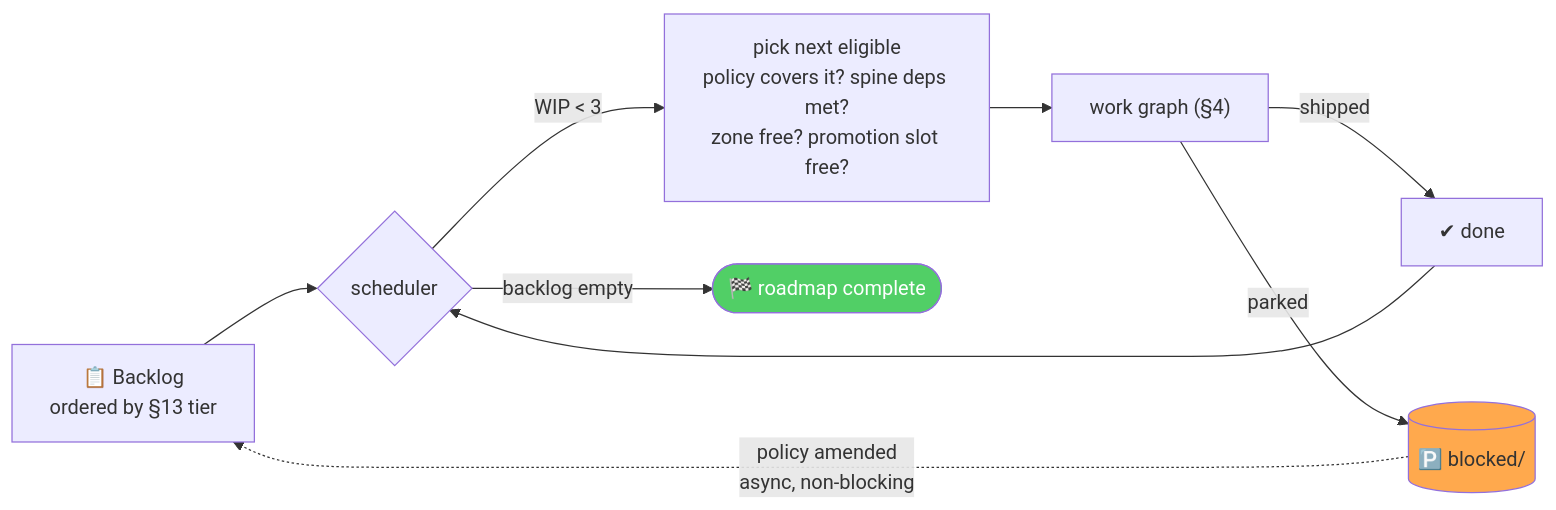
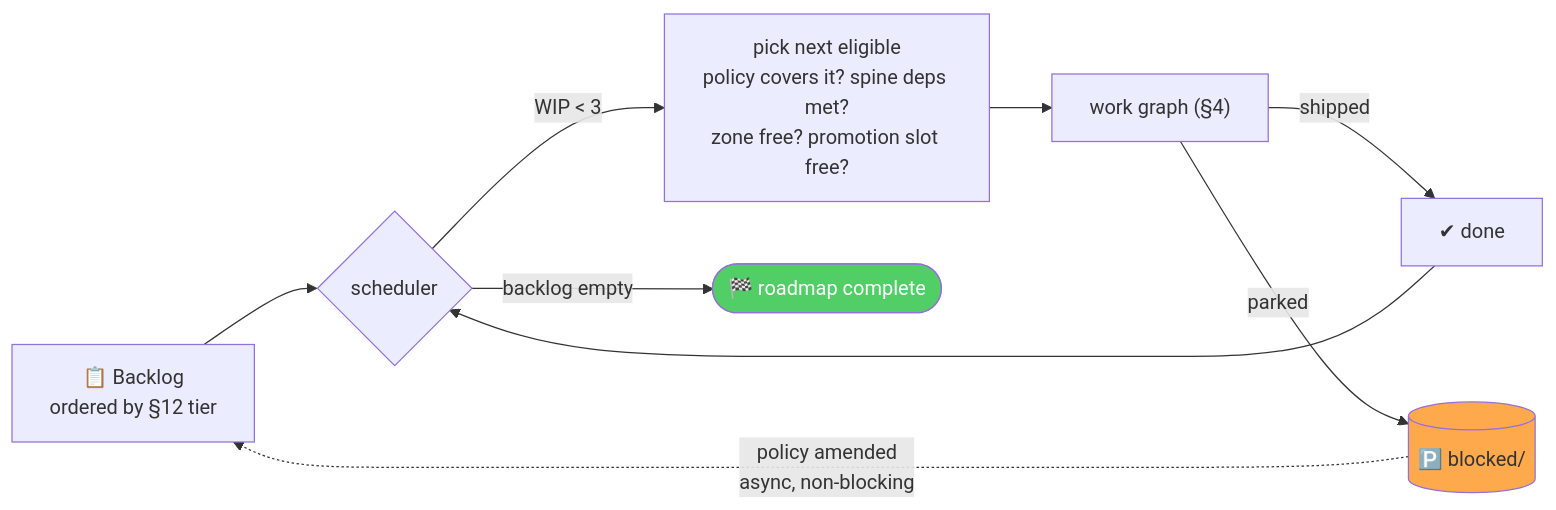
The third of 3 diagrams in docs/agent-execution-graph.md (murad-asaad19/BVisionRY-be-v2), drawn with Mermaid before and after one commit. The commit also changed other lines of this file and 2 other files, not shown here.

First line of the commit message:
Rewrite roadmap as outcomes only; drop human-time planning

````diff
--- a/docs/agent-execution-graph.md
+++ b/docs/agent-execution-graph.md
@@ -357,13 +357,13 @@
 ```mermaid
 flowchart LR
-    Q["📋 Backlog<br/>ordered by §13 tier"] --> SCHED{"scheduler"}
+    Q["📋 Backlog<br/>ordered by §12 tier"] --> SCHED{"scheduler"}
     SCHED -->|"WIP < 3"| PICK["pick next eligible<br/>policy covers it? spine deps met?<br/>zone free? promotion slot free?"]
     PICK --> WG["work graph (§4)"]
     WG -->|shipped| Q2["✔ done"]
     WG -->|parked| BL[("🅿️ blocked/")]
     BL -.->|"policy amended<br/>async, non-blocking"| Q
     Q2 --> SCHED
     SCHED -->|"backlog empty"| END(["🏁 roadmap complete"])
     style END fill:#51cf66,color:#fff
     style BL fill:#ffa94d
 ```
````
